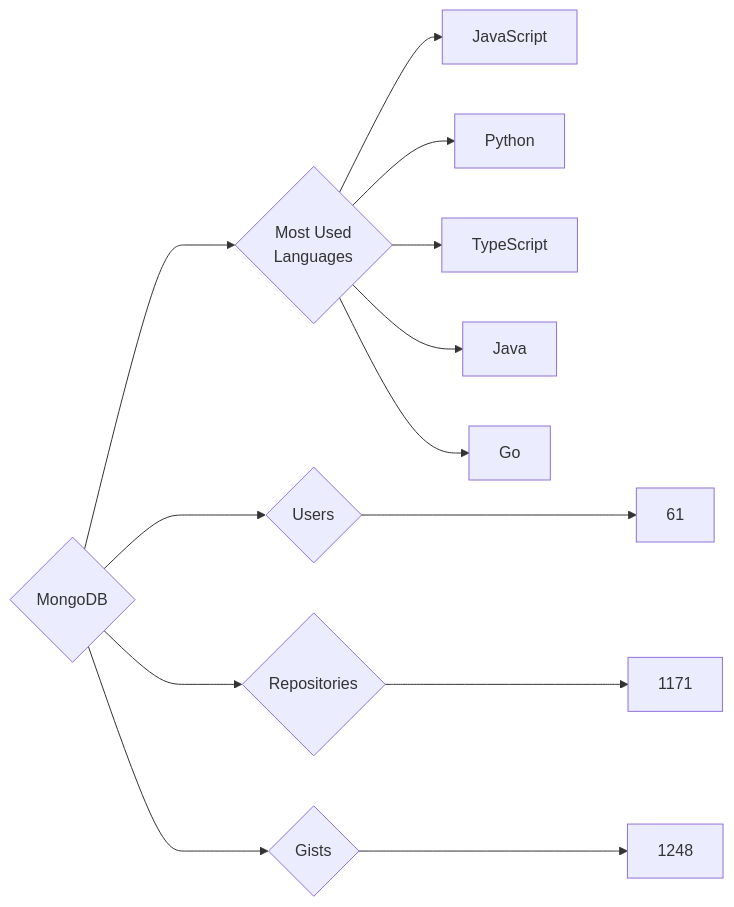
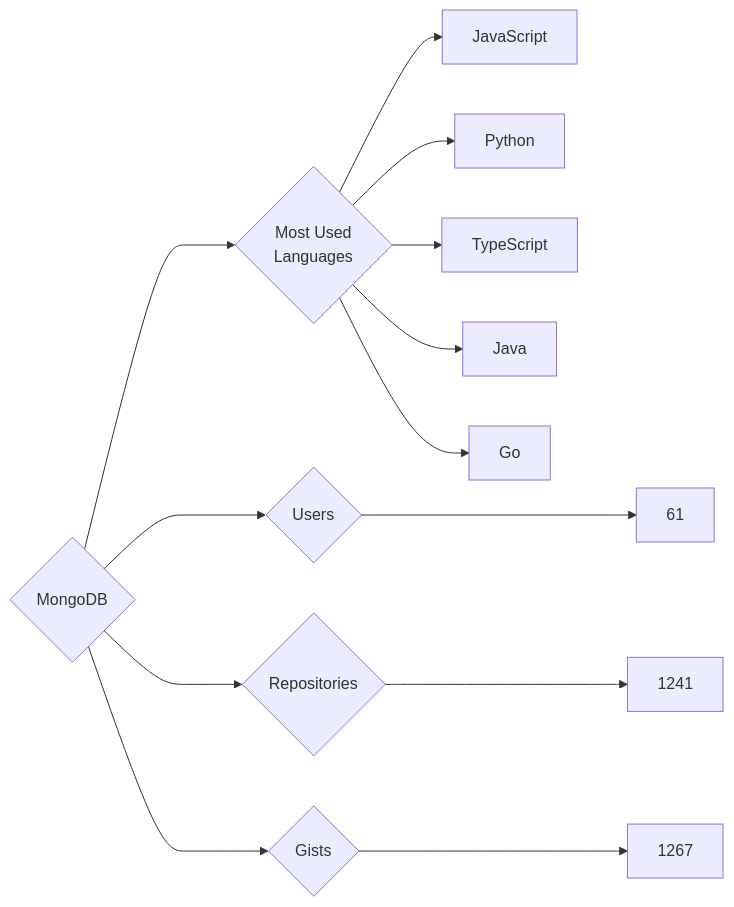
One commit to trickest/insiders changed the diagram in targets/MongoDB/README.md. Above: the diagram before and after it, drawn with Mermaid. The commit also changed 1484 other files, not shown here.

````diff
--- a/targets/MongoDB/README.md
+++ b/targets/MongoDB/README.md
@@ -3,13 +3,13 @@
 ```mermaid
 graph LR
 COMPANY_NAME{MongoDB}
 COMPANY_NAME ---> U{Users} ---> UN[61]
-COMPANY_NAME ---> R{Repositories} ---> RN[1171]
-COMPANY_NAME ---> G{Gists} ---> GN[1248]
+COMPANY_NAME ---> R{Repositories} ---> RN[1241]
+COMPANY_NAME ---> G{Gists} ---> GN[1267]
 COMPANY_NAME ---> ML{Most Used<br>Languages}
 ML --> JavaScript[JavaScript]
 ML --> Python[Python]
 ML --> TypeScript[TypeScript]
 ML --> Java[Java]
 ML --> Go[Go]
 ```
````
